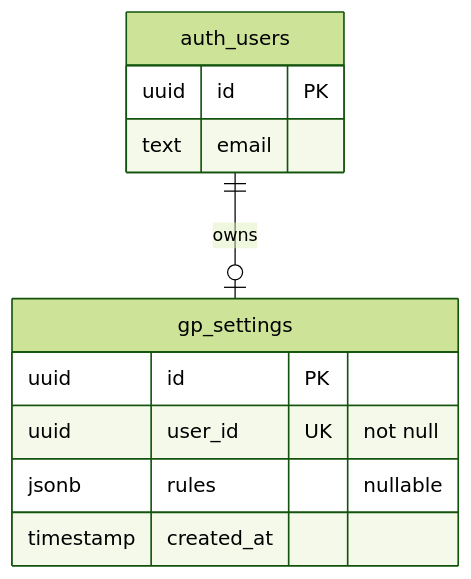
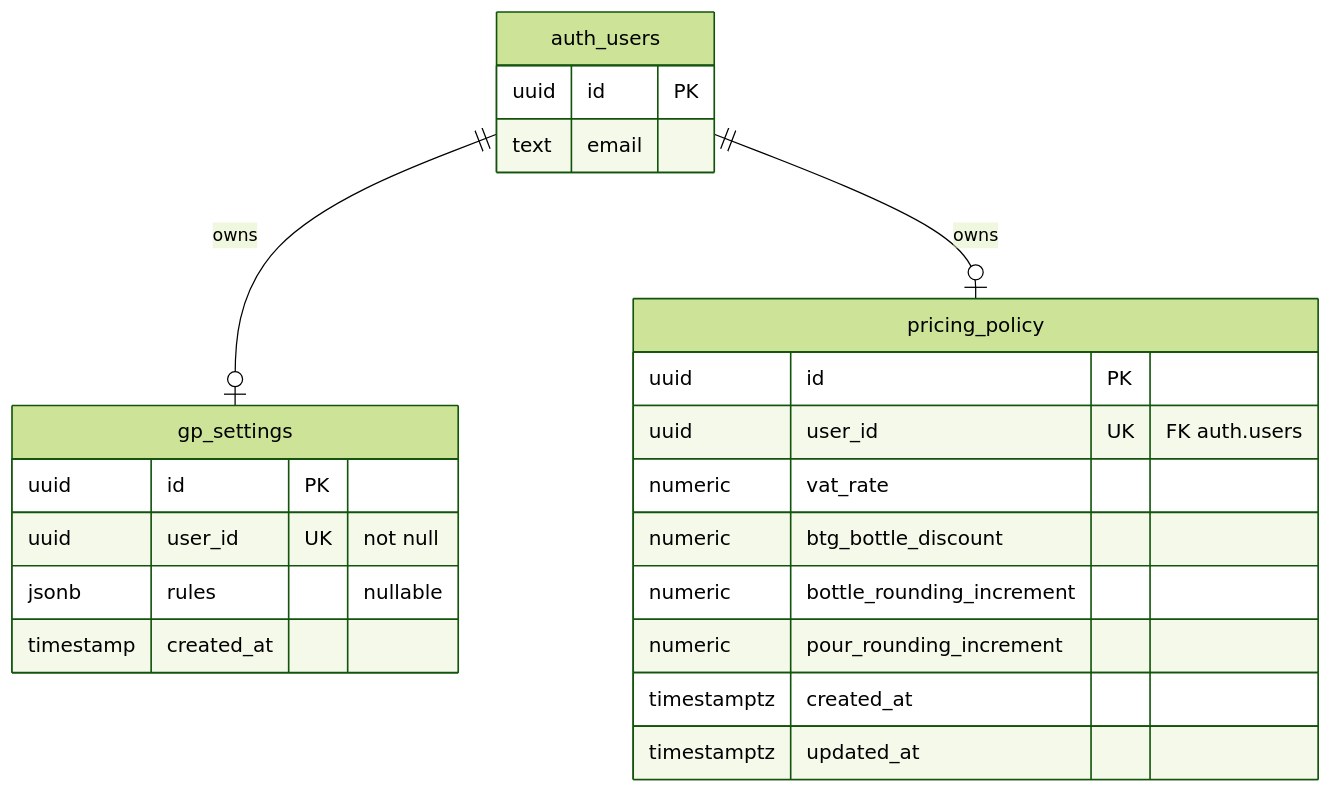
The diagram in docs/DATA_MODEL.md (DanWarham/wine-gp-calculator), drawn with Mermaid (forest theme) before and after one commit. The commit also changed other lines of this file and 9 other files, not shown here.

First line of the commit message:
Add persisted pricing policy settings.

````diff
--- a/docs/DATA_MODEL.md
+++ b/docs/DATA_MODEL.md
@@ -25,14 +30,25 @@
 ```mermaid
 erDiagram
   auth_users ||--o| gp_settings : "owns"
+  auth_users ||--o| pricing_policy : "owns"
   gp_settings {
     uuid id PK
     uuid user_id UK "not null"
     jsonb rules "nullable"
     timestamp created_at
   }
+  pricing_policy {
+    uuid id PK
+    uuid user_id UK "FK auth.users"
+    numeric vat_rate
+    numeric btg_bottle_discount
+    numeric bottle_rounding_increment
+    numeric pour_rounding_increment
+    timestamptz created_at
+    timestamptz updated_at
+  }
   auth_users {
     uuid id PK
     text email
   }
 ```
````
